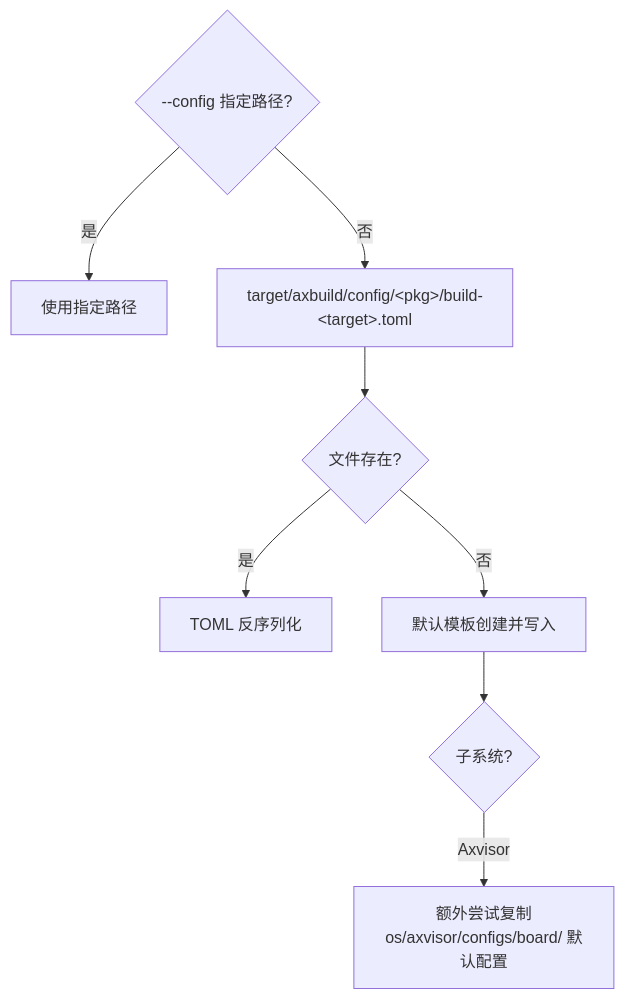
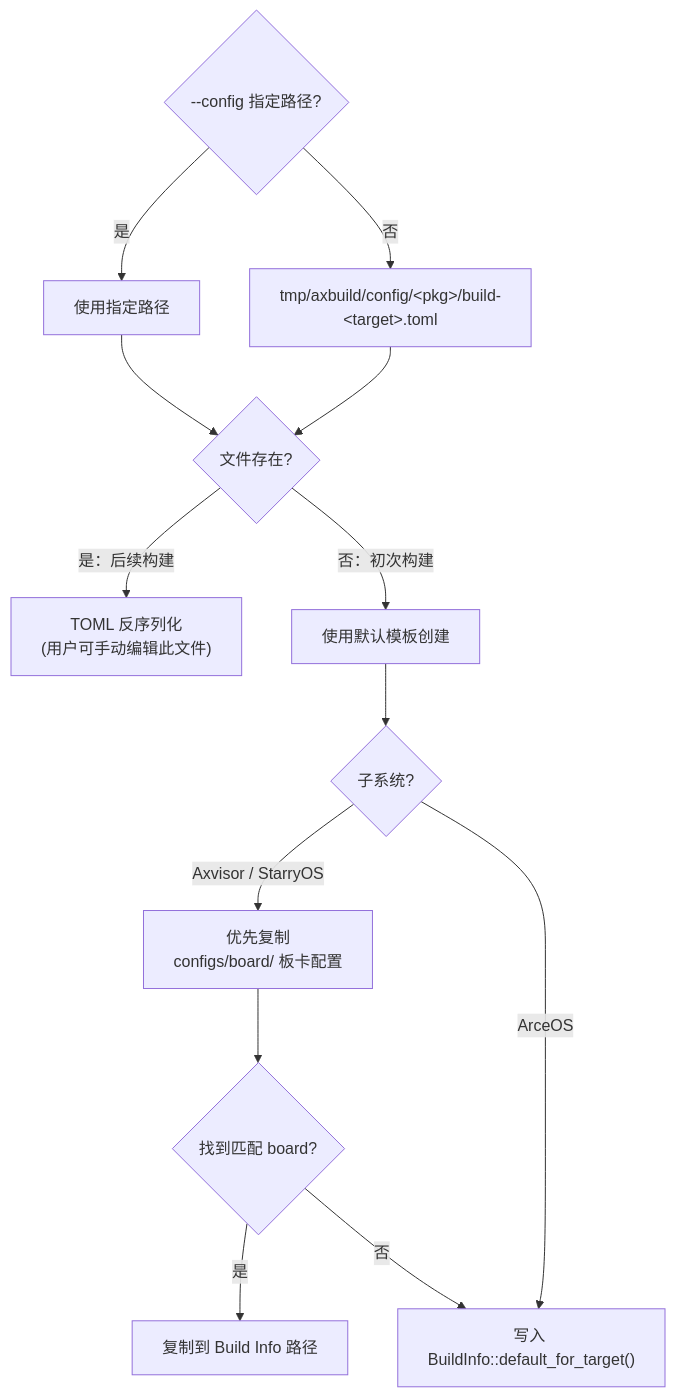
One commit to zKurisu/tgoskits changed the third of 6 diagrams in docs/docs/build/build.md. Above: the diagram before and after it, drawn with Mermaid. The commit also changed other lines of this file and 9 other files, not shown here.

````diff
--- a/docs/docs/build/build.md
+++ b/docs/docs/build/build.md
@@ -83,10 +101,15 @@
 ```mermaid
 flowchart TD
     A{--config 指定路径?} -->|是| B[使用指定路径]
-    A -->|否| C["target/axbuild/config/&lt;pkg&gt;/build-&lt;target&gt;.toml"]
-    C --> D{文件存在?}
-    D -->|是| E[TOML 反序列化]
-    D -->|否| F[默认模板创建并写入]
+    A -->|否| C["tmp/axbuild/config/&lt;pkg&gt;/build-&lt;target&gt;.toml"]
+    B --> D{文件存在?}
+    C --> D
+    D -->|是：后续构建| E["TOML 反序列化<br/>(用户可手动编辑此文件)"]
+    D -->|否：初次构建| F["使用默认模板创建"]
     F --> G{子系统?}
-    G -->|Axvisor| H["额外尝试复制<br/>os/axvisor/configs/board/ 默认配置"]
+    G -->|Axvisor / StarryOS| H["优先复制<br/>configs/board/ 板卡配置"]
+    G -->|ArceOS| I["写入 BuildInfo::default_for_target()"]
+    H --> J{找到匹配 board?}
+    J -->|是| K["复制到 Build Info 路径"]
+    J -->|否| I
 ```
````
